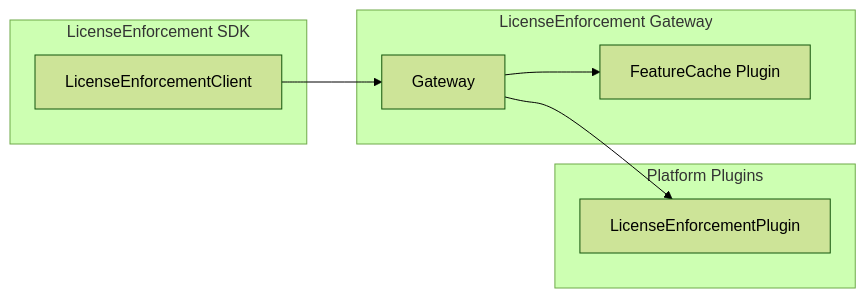
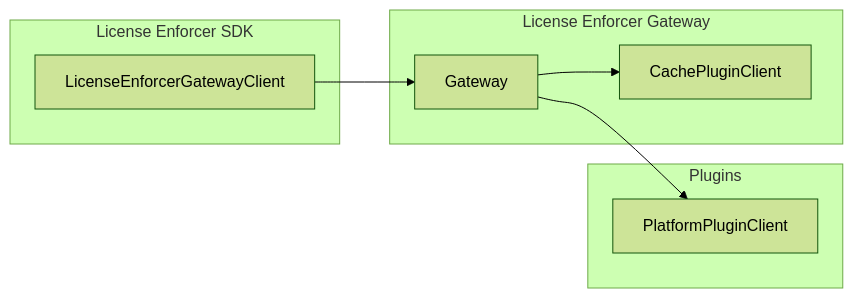
One commit to hypernetix/hyperspot changed the first of 2 diagrams in modules/system/license_enforcer/docs/DESIGN.md. Above: the diagram before and after it, drawn with Mermaid (forest theme). The commit also changed other lines of this file and 5 other files, not shown here.

Commit message:
docs(license_enforcement): feature design

````diff
--- a/modules/system/license_enforcer/docs/DESIGN.md
+++ b/modules/system/license_enforcer/docs/DESIGN.md
@@ -117,19 +117,19 @@
 ```mermaid
 flowchart LR
-    subgraph SDK[LicenseEnforcement SDK]
-        Client[LicenseEnforcementClient]
+    subgraph SDK[License Enforcer SDK]
+        Client[LicenseEnforcerGatewayClient]
     end
 
-    subgraph GW[LicenseEnforcement Gateway]
+    subgraph GW[License Enforcer Gateway]
         Gateway[Gateway]
-        Cache[FeatureCache Plugin]
+        Cache[CachePluginClient]
     end
 
-    subgraph Plugins[Platform Plugins]
-        Plugin[LicenseEnforcementPlugin]
+    subgraph Plugins[Plugins]
+        Plugin[PlatformPluginClient]
     end
 
     Client --> Gateway
     Gateway --> Cache
     Gateway --> Plugin
 ```
````
